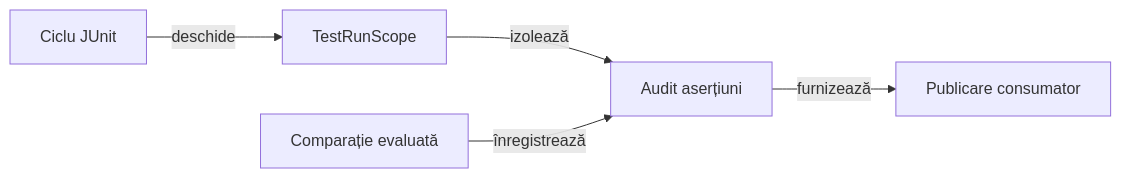
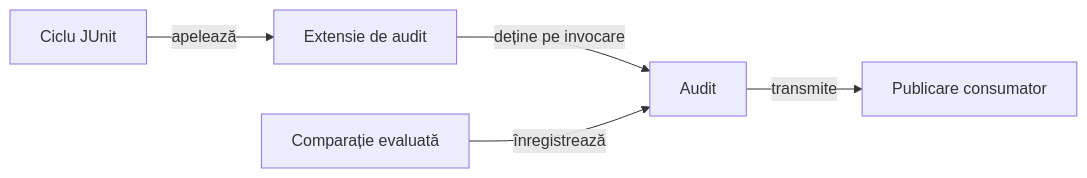
Before and after one commit to crististefanita/atf_j4: the diagram in atf-test-kit/README.md, drawn with Mermaid. The commit also changed other lines of this file and 30 other files, not shown here.

````diff
--- a/atf-test-kit/README.md
+++ b/atf-test-kit/README.md
@@ -9,7 +11,7 @@
 ```mermaid
 flowchart LR
-JUNIT[Ciclu JUnit] -->|deschide| SCOPE[TestRunScope]
-SCOPE -->|izolează| AUDIT[Audit aserțiuni]
-CHECK[Comparație evaluată] -->|înregistrează| AUDIT
-AUDIT -->|furnizează| PUB[Publicare consumator]
+    JUNIT[Ciclu JUnit] -->|apelează| EXT[Extensie de audit]
+    EXT -->|deține pe invocare| AUDIT[Audit]
+    CHECK[Comparație evaluată] -->|înregistrează| AUDIT
+    AUDIT -->|transmite| PUB[Publicare consumator]
 ```
````
